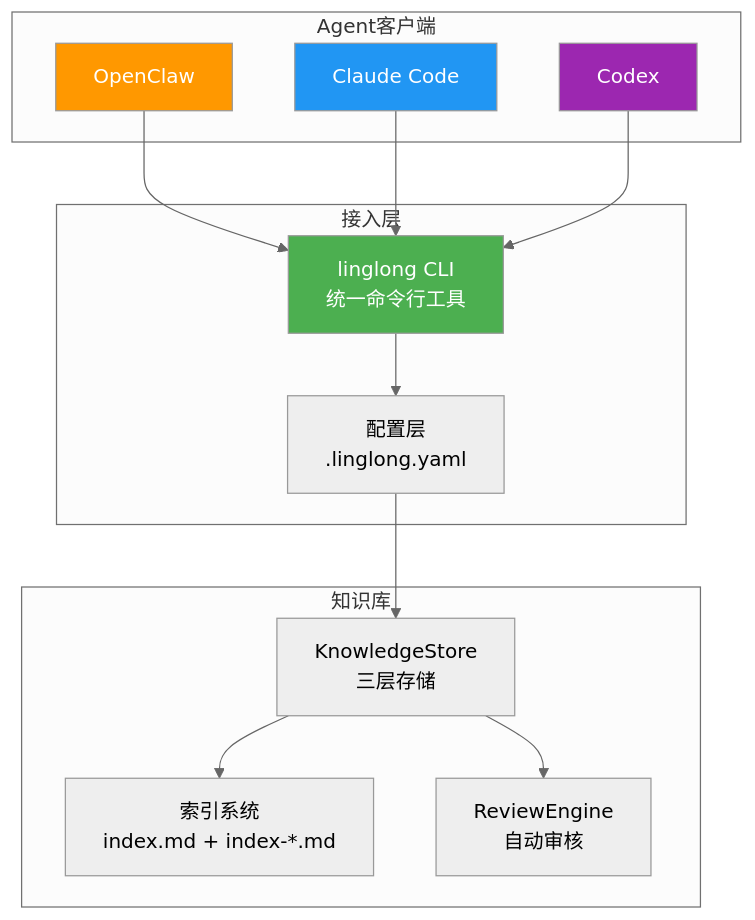
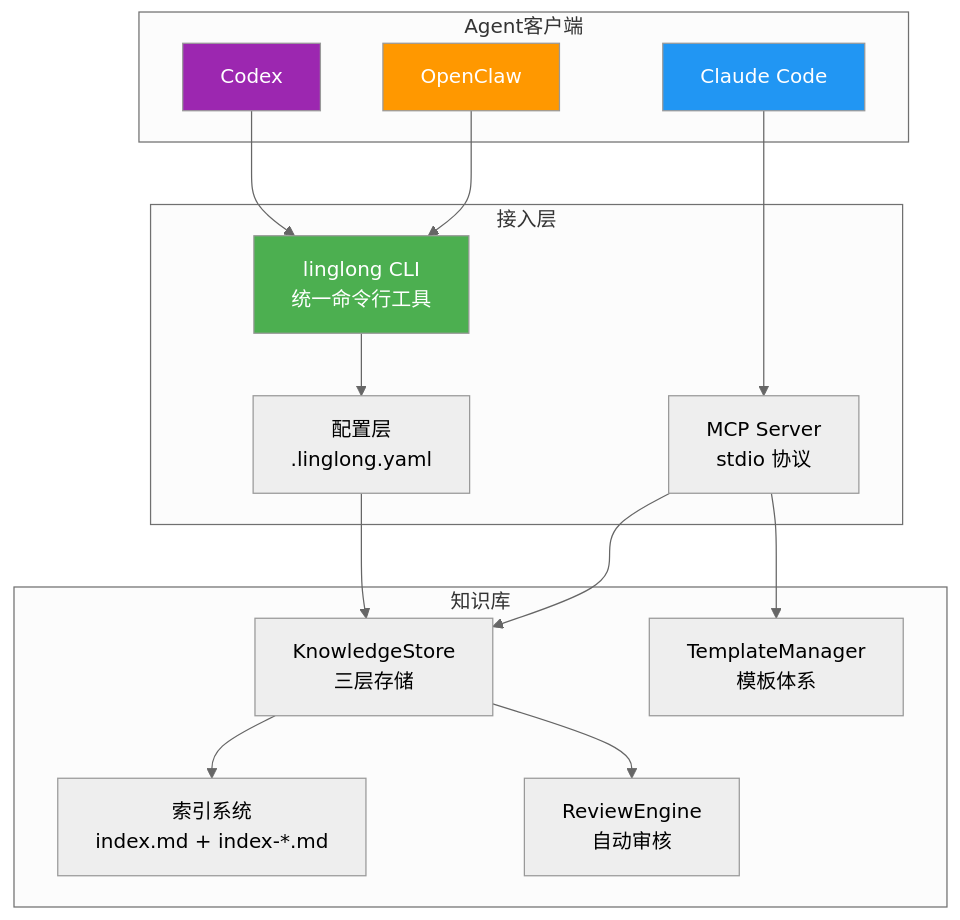
Before and after one commit to xinovate/linglong-knowledge: the first of 2 diagrams in docs/knowledge/design/06-agent-integration.md, drawn with Mermaid (neutral theme). The commit also changed other lines of this file and 2 other files, not shown here.

````diff
--- a/docs/knowledge/design/06-agent-integration.md
+++ b/docs/knowledge/design/06-agent-integration.md
@@ -17,32 +17,36 @@
 ```mermaid
 graph TD
     subgraph Agent客户端
         OC[OpenClaw]
         CC[Claude Code]
         CX[Codex]
     end
 
     subgraph 接入层
+        MCP[MCP Server<br/>stdio 协议]
         CLI[linglong CLI<br/>统一命令行工具]
         CONFIG[配置层<br/>.linglong.yaml]
     end
 
     subgraph 知识库
         KS[KnowledgeStore<br/>三层存储]
         IDX[索引系统<br/>index.md + index-*.md]
         REV[ReviewEngine<br/>自动审核]
+        TPL[TemplateManager<br/>模板体系]
     end
 
     OC --> CLI
-    CC --> CLI
+    CC --> MCP
     CX --> CLI
+    MCP --> KS
+    MCP --> TPL
     CLI --> CONFIG
     CONFIG --> KS
     KS --> IDX
     KS --> REV
 
     style OC fill:#FF9800,color:#fff
     style CC fill:#2196F3,color:#fff
     style CX fill:#9C27B0,color:#fff
     style CLI fill:#4CAF50,color:#fff
 ```
````
